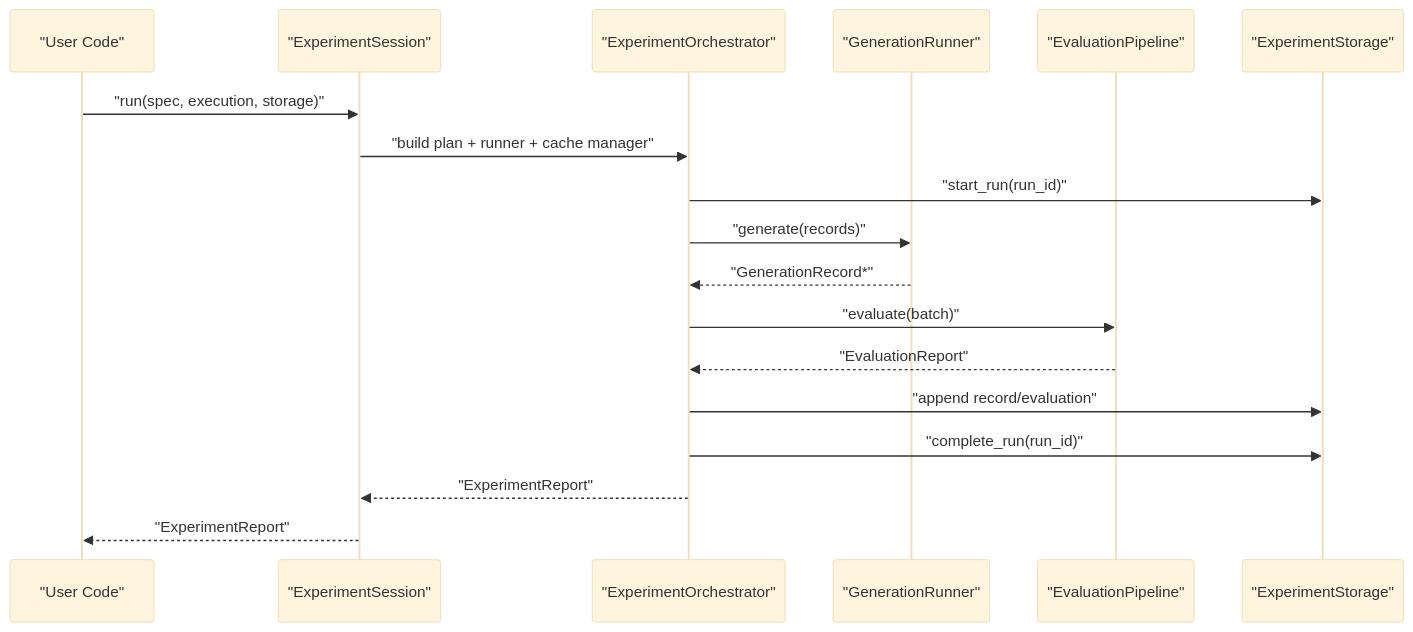
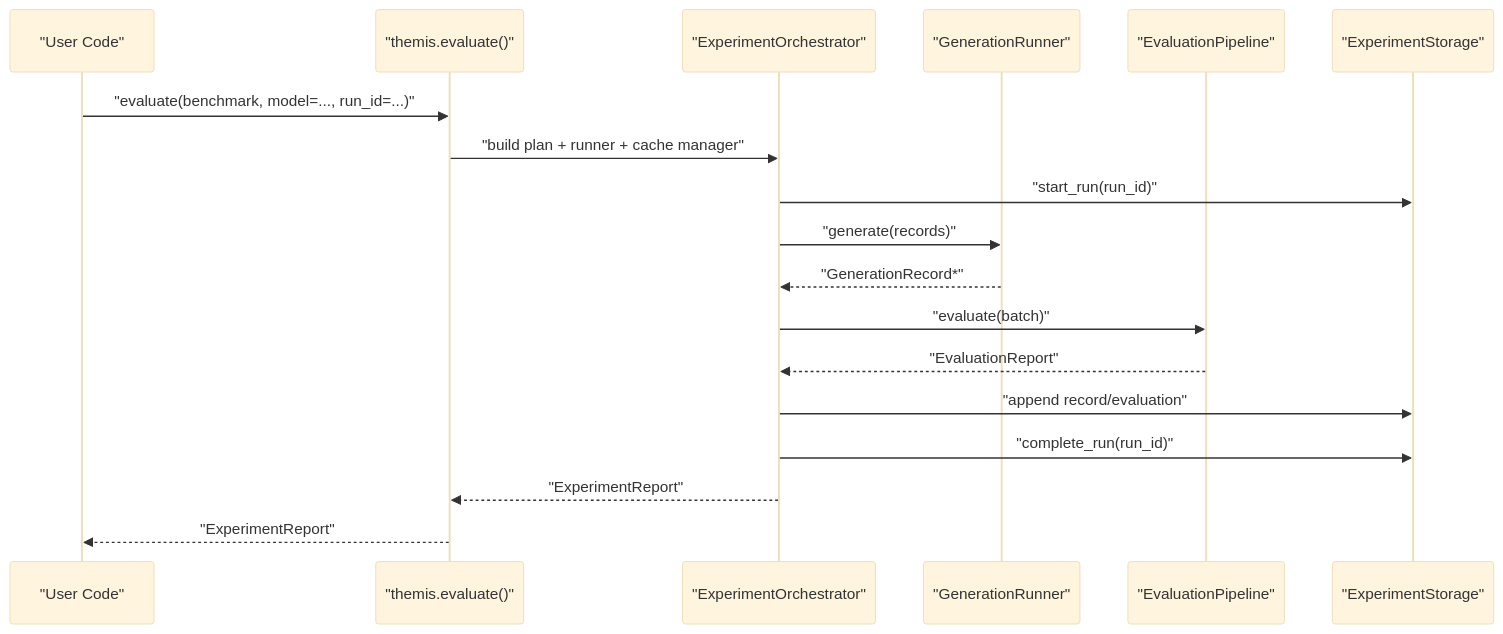
Before and after one commit to Pittawat2542/themis: the second of 2 diagrams in docs/ARCHITECTURE.md, drawn with Mermaid (base theme). The commit also changed other lines of this file and 9 other files, not shown here.

Commit message:
docs: modernize all docs to 1.2.0 evaluate() API, remove ExperimentSession/ExperimentSpec and examples-simple refs

````diff
--- a/docs/ARCHITECTURE.md
+++ b/docs/ARCHITECTURE.md
@@ -23,21 +21,21 @@
 ```mermaid
 sequenceDiagram
     participant U as "User Code"
-    participant S as "ExperimentSession"
+    participant A as "themis.evaluate()"
     participant O as "ExperimentOrchestrator"
     participant R as "GenerationRunner"
     participant P as "EvaluationPipeline"
     participant T as "ExperimentStorage"
 
-    U->>S: "run(spec, execution, storage)"
-    S->>O: "build plan + runner + cache manager"
+    U->>A: "evaluate(benchmark, model=..., run_id=...)"
+    A->>O: "build plan + runner + cache manager"
     O->>T: "start_run(run_id)"
     O->>R: "generate(records)"
     R-->>O: "GenerationRecord*"
     O->>P: "evaluate(batch)"
     P-->>O: "EvaluationReport"
     O->>T: "append record/evaluation"
     O->>T: "complete_run(run_id)"
-    O-->>S: "ExperimentReport"
-    S-->>U: "ExperimentReport"
+    O-->>A: "ExperimentReport"
+    A-->>U: "ExperimentReport"
 ```
````
